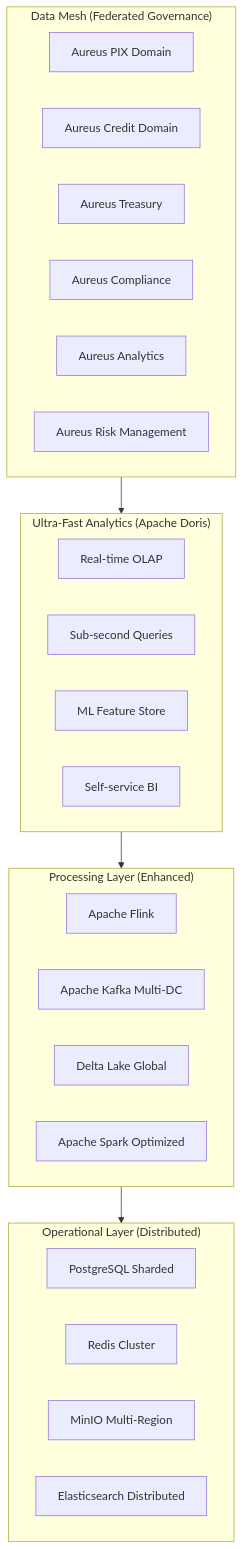
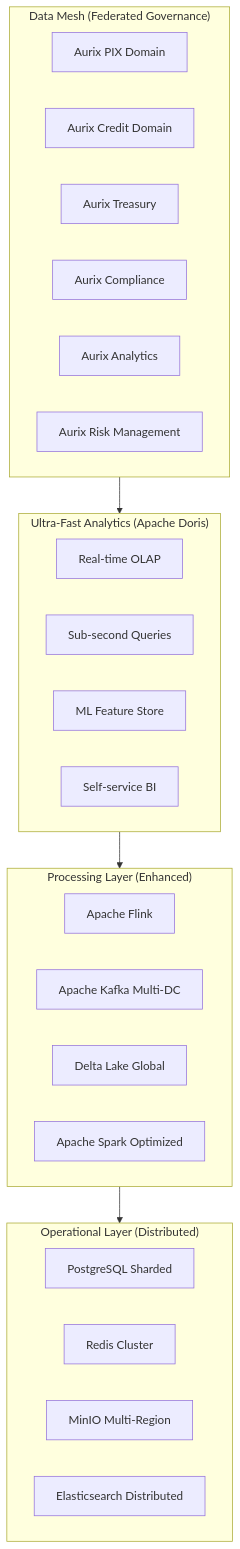
One commit to aurix-core-banking/aurix-docs changed the third of 4 diagrams in 02-technical/arquitetura/evolucao-arquitetura-dados.md. Above: the diagram before and after it, drawn with Mermaid. The commit also changed other lines of this file and 126 other files, not shown here.

Commit message:
rename: Aureus → Aurix (diretórios, packages, docs, configs)

````diff
--- a/02-technical/arquitetura/evolucao-arquitetura-dados.md
+++ b/02-technical/arquitetura/evolucao-arquitetura-dados.md
@@ -343,36 +343,36 @@
 ```mermaid
 graph TD
     subgraph Mesh ["Data Mesh (Federated Governance)"]
-        PIX[Aureus PIX Domain]
-        CRED[Aureus Credit Domain]
-        TREA[Aureus Treasury]
-        COMP[Aureus Compliance]
-        ANAL[Aureus Analytics]
-        RISK[Aureus Risk Management]
+        PIX[Aurix PIX Domain]
+        CRED[Aurix Credit Domain]
+        TREA[Aurix Treasury]
+        COMP[Aurix Compliance]
+        ANAL[Aurix Analytics]
+        RISK[Aurix Risk Management]
     end
 
     subgraph UltraFast ["Ultra-Fast Analytics (Apache Doris)"]
         RTOLAP[Real-time OLAP]
         SSQ[Sub-second Queries]
         MFS3[ML Feature Store]
         SSBI[Self-service BI]
     end
 
     subgraph Processing ["Processing Layer (Enhanced)"]
         FLINK[Apache Flink]
         KAFKAG[Apache Kafka Multi-DC]
         DLG[Delta Lake Global]
         SPARKG[Apache Spark Optimized]
     end
 
     subgraph DataOps ["Operational Layer (Distributed)"]
         PGS[PostgreSQL Sharded]
         REDC[Redis Cluster]
         MSR[MinIO Multi-Region]
         ESD[Elasticsearch Distributed]
     end
 
     Mesh --> UltraFast
     UltraFast --> Processing
     Processing --> DataOps
 ```
````
